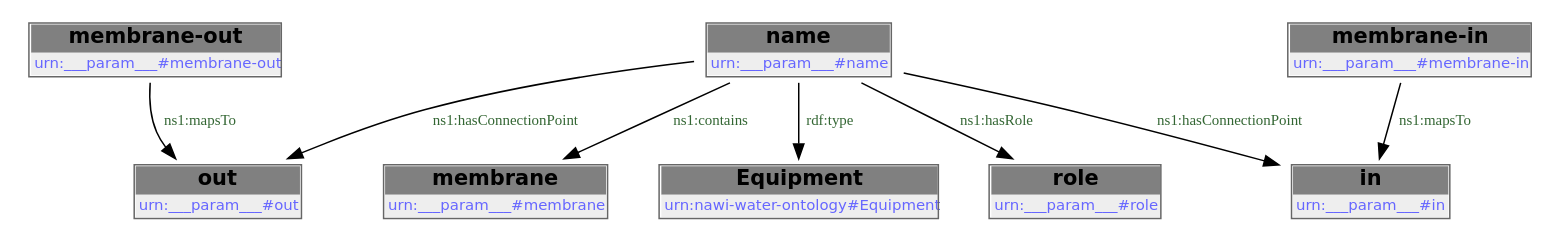
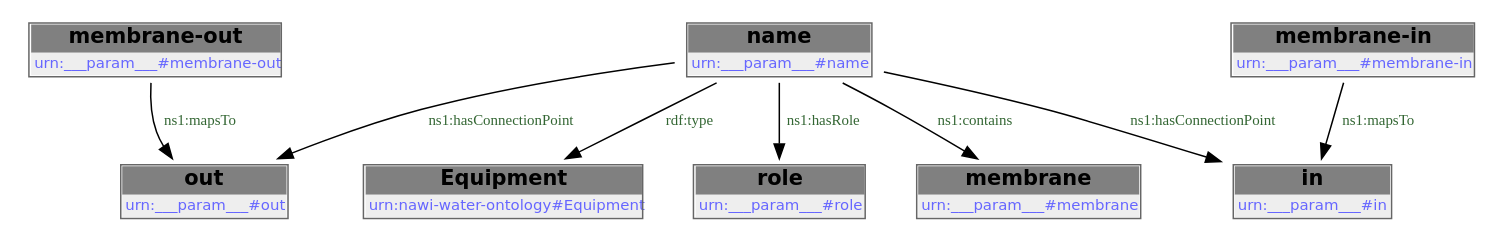
The first of 2 diagrams in docs/libraries/templates/membrane-module.rst (DataDrivenCPS/water-ontology), drawn with Graphviz before and after one commit. The commit also changed other lines of this file and 33 other files, not shown here.

```diff
--- a/docs/libraries/templates/membrane-module.rst
+++ b/docs/libraries/templates/membrane-module.rst
@@ -109,20 +109,20 @@
         .. graphviz::
 
                 digraph G {
             node [fontname="DejaVu Sans"];
             node0 -> node1 [color=BLACK, label=< <font point-size='10' color='#336633'>rdf:type</font> >];
             node0 -> node2 [color=BLACK, label=< <font point-size='10' color='#336633'>ns1:hasConnectionPoint</font> >];
-            node0 -> node3 [color=BLACK, label=< <font point-size='10' color='#336633'>ns1:contains</font> >];
+            node3 -> node4 [color=BLACK, label=< <font point-size='10' color='#336633'>ns1:mapsTo</font> >];
             node0 -> node4 [color=BLACK, label=< <font point-size='10' color='#336633'>ns1:hasConnectionPoint</font> >];
-            node5 -> node4 [color=BLACK, label=< <font point-size='10' color='#336633'>ns1:mapsTo</font> >];
+            node5 -> node2 [color=BLACK, label=< <font point-size='10' color='#336633'>ns1:mapsTo</font> >];
             node0 -> node6 [color=BLACK, label=< <font point-size='10' color='#336633'>ns1:hasRole</font> >];
-            node7 -> node2 [color=BLACK, label=< <font point-size='10' color='#336633'>ns1:mapsTo</font> >];
+            node0 -> node7 [color=BLACK, label=< <font point-size='10' color='#336633'>ns1:contains</font> >];
             node0 [shape=none, color=black, label=< <table color='#666666' cellborder='0' cellspacing='0' border='1'><tr><td colspan='2' bgcolor='grey'><B>name</B></td></tr><tr><td href='urn:___param___#name' bgcolor='#eeeeee' colspan='2'><font point-size='10' color='#6666ff'>urn:___param___#name</font></td></tr></table> >];
             node1 [shape=none, color=black, label=< <table color='#666666' cellborder='0' cellspacing='0' border='1'><tr><td colspan='2' bgcolor='grey'><B>Equipment</B></td></tr><tr><td href='urn:nawi-water-ontology#Equipment' bgcolor='#eeeeee' colspan='2'><font point-size='10' color='#6666ff'>urn:nawi-water-ontology#Equipment</font></td></tr></table> >];
-            node2 [shape=none, color=black, label=< <table color='#666666' cellborder='0' cellspacing='0' border='1'><tr><td colspan='2' bgcolor='grey'><B>out</B></td></tr><tr><td href='urn:___param___#out' bgcolor='#eeeeee' colspan='2'><font point-size='10' color='#6666ff'>urn:___param___#out</font></td></tr></table> >];
-            node3 [shape=none, color=black, label=< <table color='#666666' cellborder='0' cellspacing='0' border='1'><tr><td colspan='2' bgcolor='grey'><B>membrane</B></td></tr><tr><td href='urn:___param___#membrane' bgcolor='#eeeeee' colspan='2'><font point-size='10' color='#6666ff'>urn:___param___#membrane</font></td></tr></table> >];
-            node4 [shape=none, color=black, label=< <table color='#666666' cellborder='0' cellspacing='0' border='1'><tr><td colspan='2' bgcolor='grey'><B>in</B></td></tr><tr><td href='urn:___param___#in' bgcolor='#eeeeee' colspan='2'><font point-size='10' color='#6666ff'>urn:___param___#in</font></td></tr></table> >];
+            node2 [shape=none, color=black, label=< <table color='#666666' cellborder='0' cellspacing='0' border='1'><tr><td colspan='2' bgcolor='grey'><B>in</B></td></tr><tr><td href='urn:___param___#in' bgcolor='#eeeeee' colspan='2'><font point-size='10' color='#6666ff'>urn:___param___#in</font></td></tr></table> >];
+            node3 [shape=none, color=black, label=< <table color='#666666' cellborder='0' cellspacing='0' border='1'><tr><td colspan='2' bgcolor='grey'><B>membrane-out</B></td></tr><tr><td href='urn:___param___#membrane-out' bgcolor='#eeeeee' colspan='2'><font point-size='10' color='#6666ff'>urn:___param___#membrane-out</font></td></tr></table> >];
+            node4 [shape=none, color=black, label=< <table color='#666666' cellborder='0' cellspacing='0' border='1'><tr><td colspan='2' bgcolor='grey'><B>out</B></td></tr><tr><td href='urn:___param___#out' bgcolor='#eeeeee' colspan='2'><font point-size='10' color='#6666ff'>urn:___param___#out</font></td></tr></table> >];
             node5 [shape=none, color=black, label=< <table color='#666666' cellborder='0' cellspacing='0' border='1'><tr><td colspan='2' bgcolor='grey'><B>membrane-in</B></td></tr><tr><td href='urn:___param___#membrane-in' bgcolor='#eeeeee' colspan='2'><font point-size='10' color='#6666ff'>urn:___param___#membrane-in</font></td></tr></table> >];
             node6 [shape=none, color=black, label=< <table color='#666666' cellborder='0' cellspacing='0' border='1'><tr><td colspan='2' bgcolor='grey'><B>role</B></td></tr><tr><td href='urn:___param___#role' bgcolor='#eeeeee' colspan='2'><font point-size='10' color='#6666ff'>urn:___param___#role</font></td></tr></table> >];
-            node7 [shape=none, color=black, label=< <table color='#666666' cellborder='0' cellspacing='0' border='1'><tr><td colspan='2' bgcolor='grey'><B>membrane-out</B></td></tr><tr><td href='urn:___param___#membrane-out' bgcolor='#eeeeee' colspan='2'><font point-size='10' color='#6666ff'>urn:___param___#membrane-out</font></td></tr></table> >];
+            node7 [shape=none, color=black, label=< <table color='#666666' cellborder='0' cellspacing='0' border='1'><tr><td colspan='2' bgcolor='grey'><B>membrane</B></td></tr><tr><td href='urn:___param___#membrane' bgcolor='#eeeeee' colspan='2'><font point-size='10' color='#6666ff'>urn:___param___#membrane</font></td></tr></table> >];
             }
```
